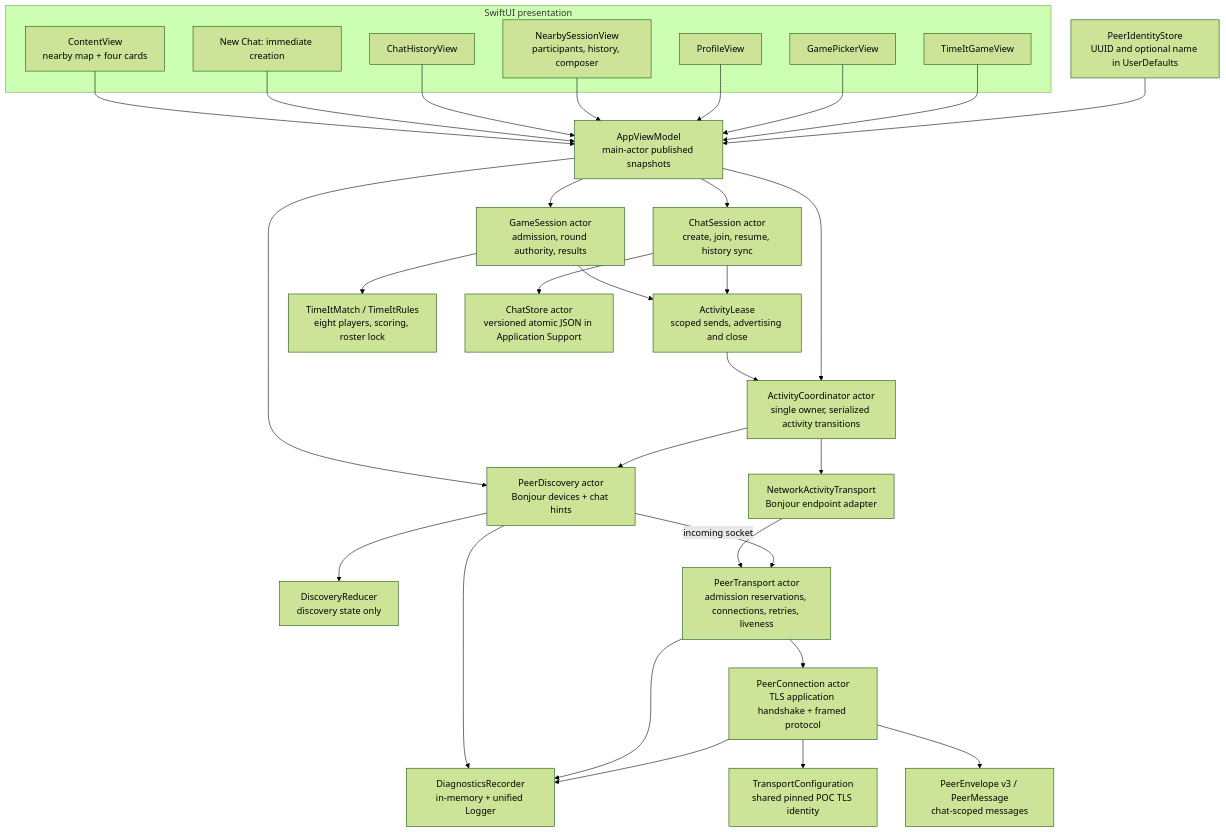
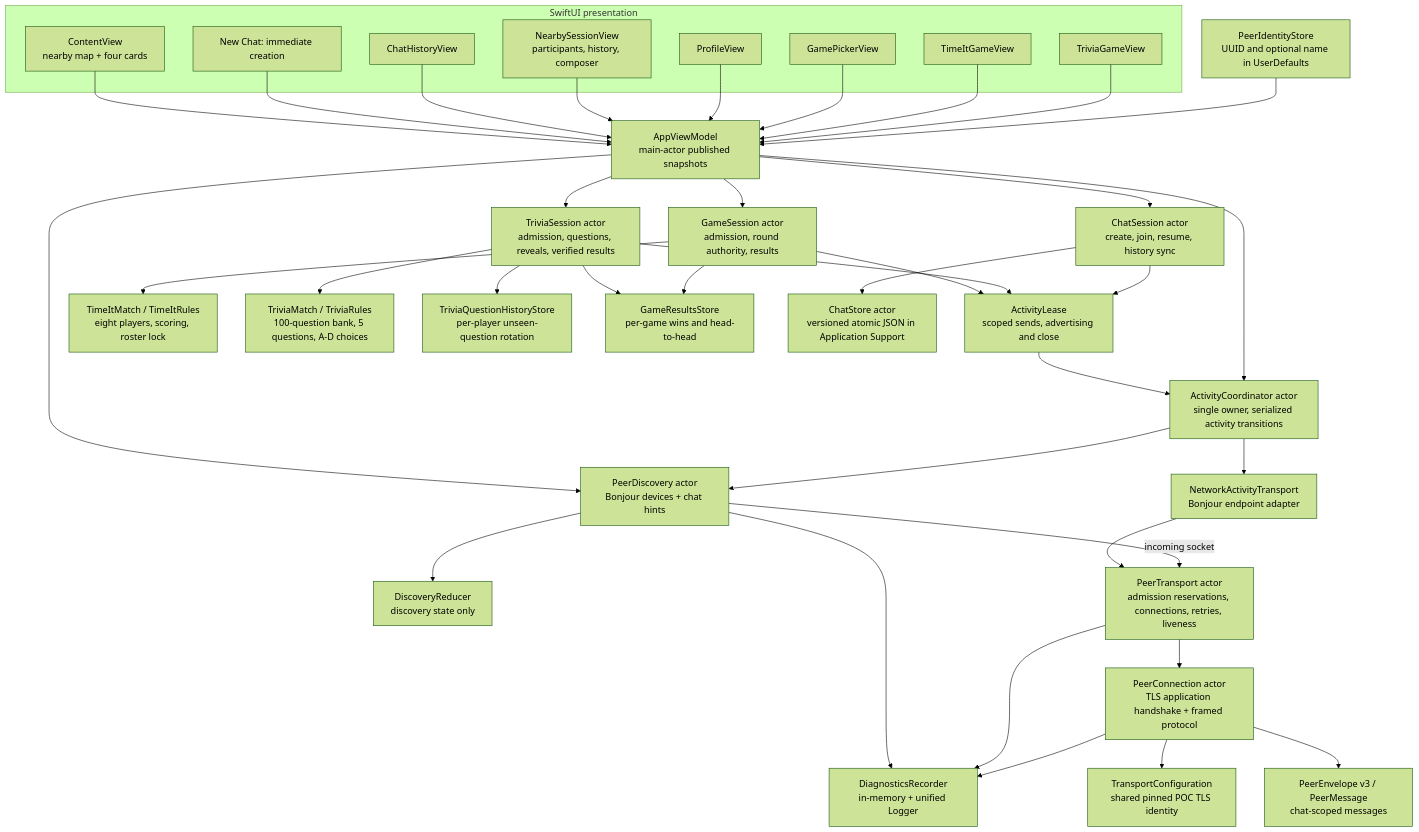
One commit to PembaD/subwaylorePoC changed the first of 6 diagrams in docs/system-diagrams.md. Above: the diagram before and after it, drawn with Mermaid (forest theme). The commit also changed other lines of this file and 16 other files, not shown here.

Commit message:
Add multiplayer Subway Trivia with question rotation and compact game picker

````diff
--- a/docs/system-diagrams.md
+++ b/docs/system-diagrams.md
@@ -7,57 +7,69 @@
 ```mermaid
 flowchart TB
     subgraph UI["SwiftUI presentation"]
         Landing["ContentView<br/>nearby map + four cards"]
         Create["New Chat: immediate creation"]
         History["ChatHistoryView"]
         ChatUI["NearbySessionView<br/>participants, history, composer"]
         Profile["ProfileView"]
         GamePicker["GamePickerView"]
         GameScreen["TimeItGameView"]
+        TriviaScreen["TriviaGameView"]
     end
     VM["AppViewModel<br/>main-actor published snapshots"]
     Discovery["PeerDiscovery actor<br/>Bonjour devices + chat hints"]
     Reducer["DiscoveryReducer<br/>discovery state only"]
     Session["ChatSession actor<br/>create, join, resume, history sync"]
     Leases["ActivityLease<br/>scoped sends, advertising and close"]
     Coordinator["ActivityCoordinator actor<br/>single owner, serialized activity transitions"]
     Adapter["NetworkActivityTransport<br/>Bonjour endpoint adapter"]
     Game["GameSession actor<br/>admission, round authority, results"]
     Rules["TimeItMatch / TimeItRules<br/>eight players, scoring, roster lock"]
+    Trivia["TriviaSession actor<br/>admission, questions, reveals, verified results"]
+    TriviaRules["TriviaMatch / TriviaRules<br/>100-question bank, 5 questions, A-D choices"]
+    QuestionHistory["TriviaQuestionHistoryStore<br/>per-player unseen-question rotation"]
+    Results["GameResultsStore<br/>per-game wins and head-to-head"]
     Store["ChatStore actor<br/>versioned atomic JSON in Application Support"]
     Transport["PeerTransport actor<br/>admission reservations, connections, retries, liveness"]
     Connection["PeerConnection actor<br/>TLS application handshake + framed protocol"]
     Protocol["PeerEnvelope v3 / PeerMessage<br/>chat-scoped messages"]
     Trust["TransportConfiguration<br/>shared pinned POC TLS identity"]
     Identity["PeerIdentityStore<br/>UUID and optional name in UserDefaults"]
     Logs["DiagnosticsRecorder<br/>in-memory + unified Logger"]
 
     Landing --> VM
     Create --> VM
     History --> VM
     ChatUI --> VM
     Profile --> VM
     GamePicker --> VM
     GameScreen --> VM
+    TriviaScreen --> VM
     VM --> Game
     Game --> Rules
     Game --> Leases
+    VM --> Trivia
+    Trivia --> TriviaRules
+    Trivia --> QuestionHistory
+    Trivia --> Leases
+    Trivia --> Results
+    Game --> Results
     Identity --> VM
     VM --> Discovery
     Discovery --> Reducer
     VM --> Session
     Session --> Store
     Session --> Leases
     Leases --> Coordinator
     VM --> Coordinator
     Coordinator --> Adapter
     Coordinator --> Discovery
     Adapter --> Transport
     Discovery -->|incoming socket| Transport
     Transport --> Connection
     Connection --> Protocol
     Connection --> Trust
     Discovery --> Logs
     Transport --> Logs
     Connection --> Logs
 ```
````
